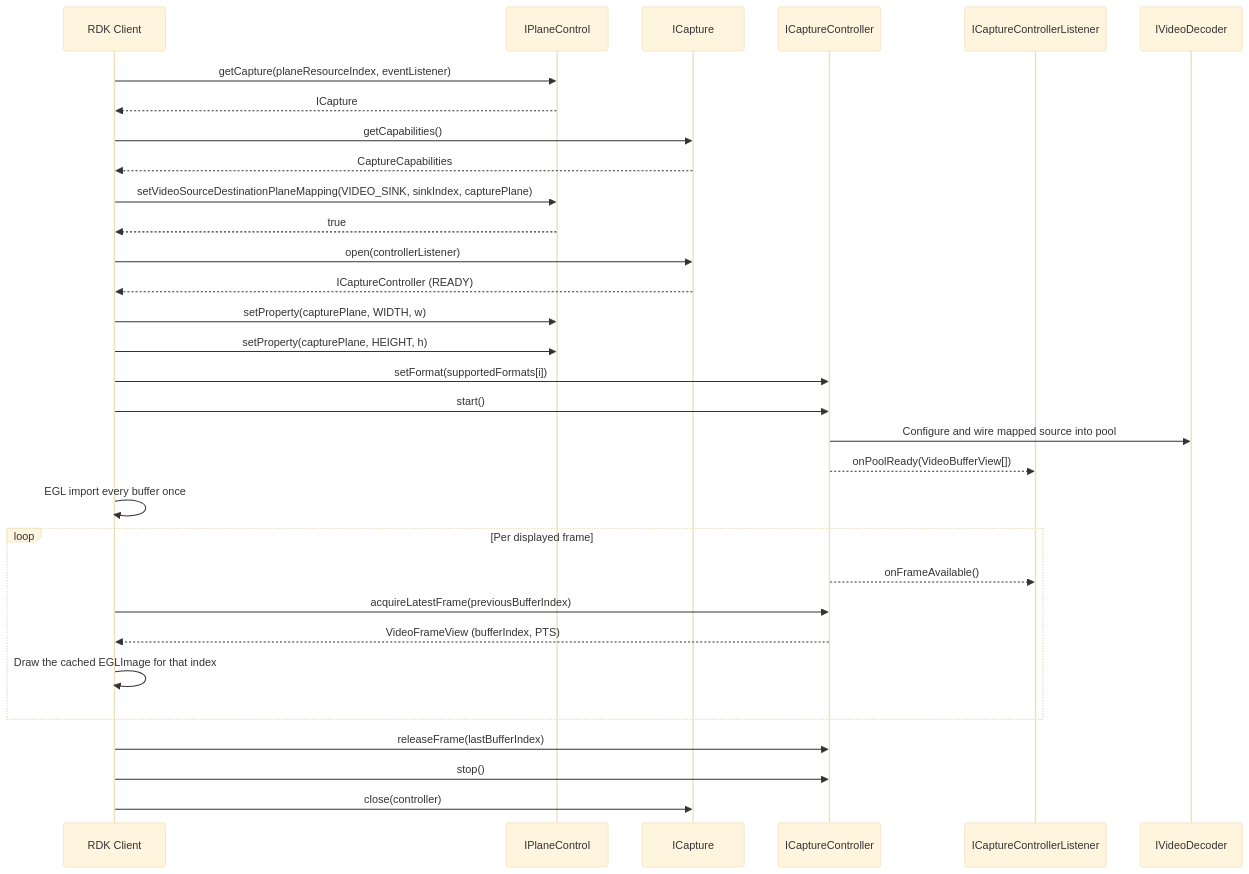
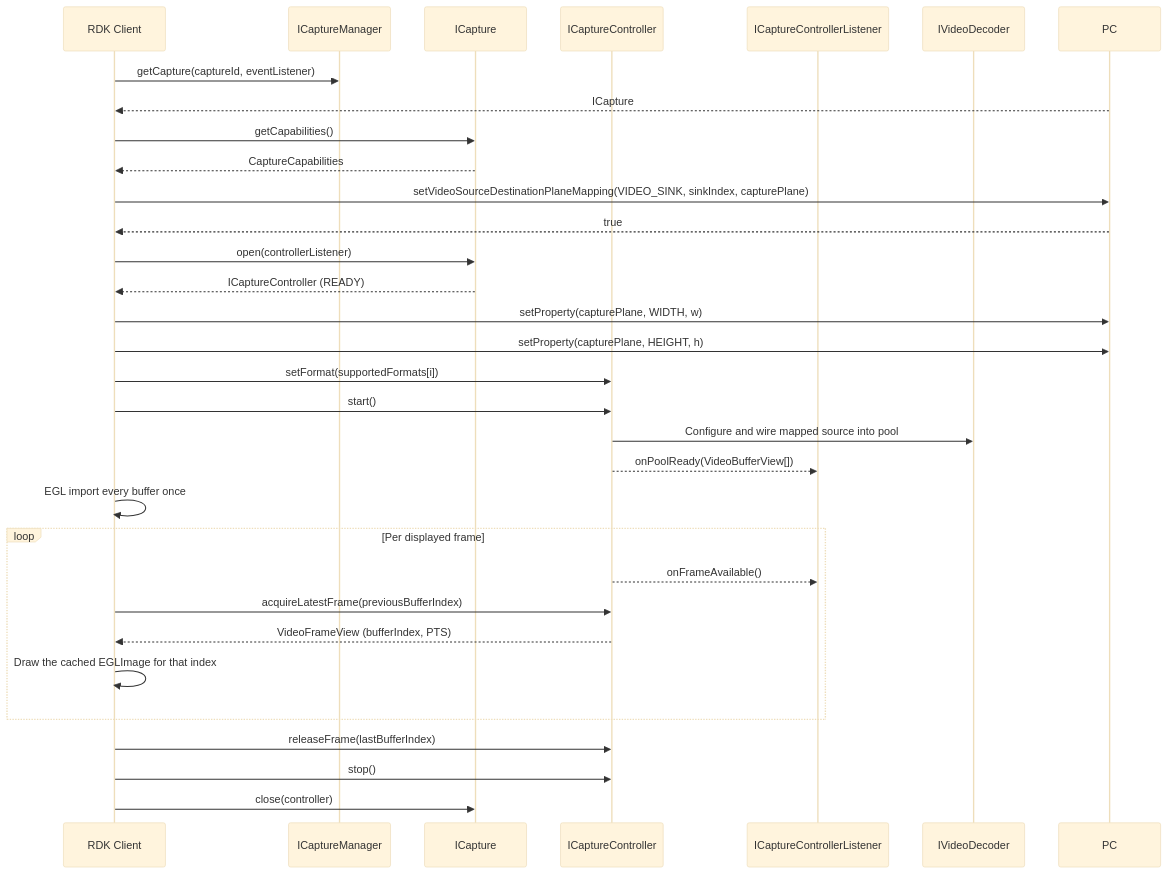
One commit to rdkcentral/rdk-halif-aidl changed the fourth of 5 diagrams in capture/current/docs/capture_interface.md. Above: the diagram before and after it, drawn with Mermaid (base theme). The commit also changed other lines of this file and 3 other files, not shown here.

````diff
--- a/capture/current/docs/capture_interface.md
+++ b/capture/current/docs/capture_interface.md
@@ -291,42 +291,42 @@
 ```mermaid
 sequenceDiagram
     participant Client as RDK Client
-    participant PC as IPlaneControl
+    participant Manager as ICaptureManager
     participant Capture as ICapture
     participant Controller as ICaptureController
     participant Listener as ICaptureControllerListener
     participant Decoder as IVideoDecoder
 
-    Client->>PC: getCapture(planeResourceIndex, eventListener)
+    Client->>Manager: getCapture(captureId, eventListener)
     PC-->>Client: ICapture
 
     Client->>Capture: getCapabilities()
     Capture-->>Client: CaptureCapabilities
 
     Client->>PC: setVideoSourceDestinationPlaneMapping(VIDEO_SINK, sinkIndex, capturePlane)
     PC-->>Client: true
 
     Client->>Capture: open(controllerListener)
     Capture-->>Client: ICaptureController (READY)
 
     Client->>PC: setProperty(capturePlane, WIDTH, w)
     Client->>PC: setProperty(capturePlane, HEIGHT, h)
     Client->>Controller: setFormat(supportedFormats[i])
     Client->>Controller: start()
     Controller->>Decoder: Configure and wire mapped source into pool
 
     Controller-->>Listener: onPoolReady(VideoBufferView[])
     Client->>Client: EGL import every buffer once
 
     loop Per displayed frame
         Controller-->>Listener: onFrameAvailable()
         Client->>Controller: acquireLatestFrame(previousBufferIndex)
         Controller-->>Client: VideoFrameView (bufferIndex, PTS)
         Client->>Client: Draw the cached EGLImage for that index
     end
 
     Client->>Controller: releaseFrame(lastBufferIndex)
 
     Client->>Controller: stop()
     Client->>Capture: close(controller)
 ```
````
